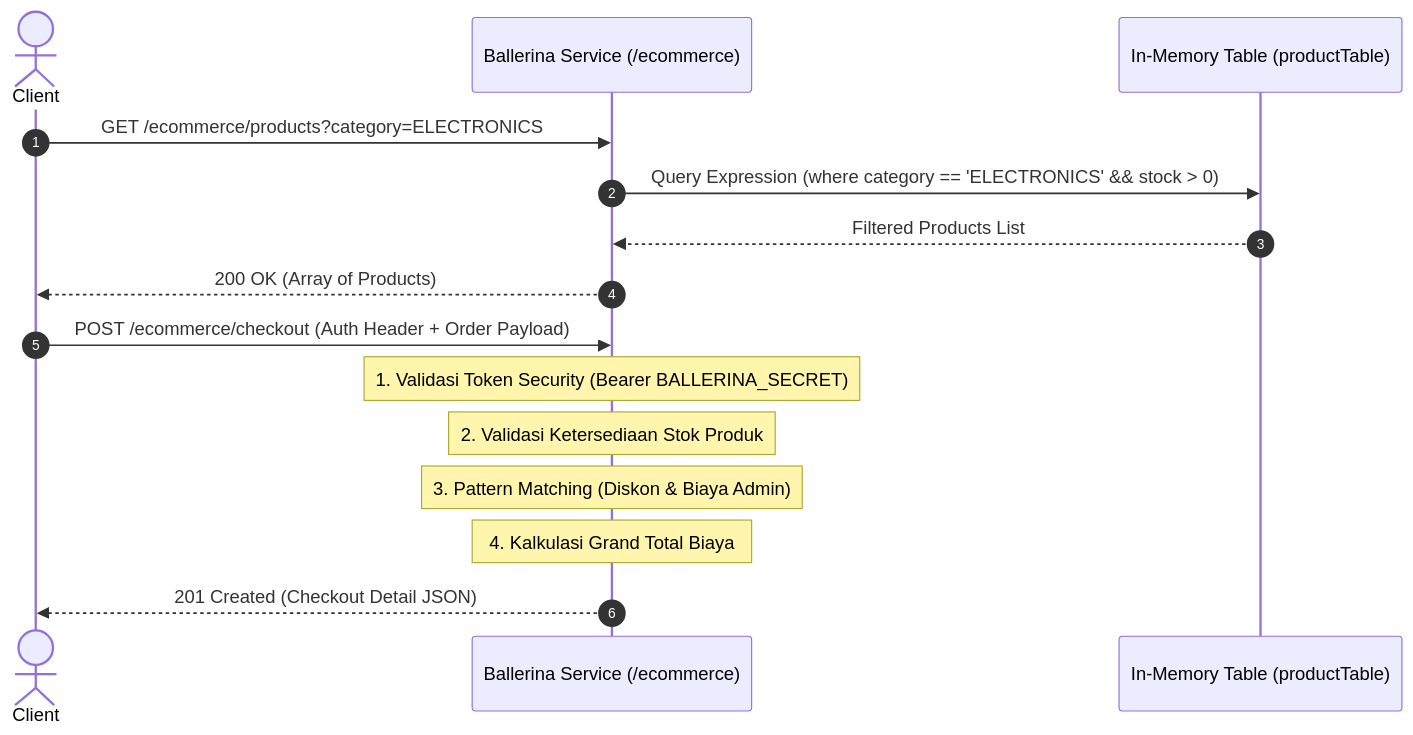
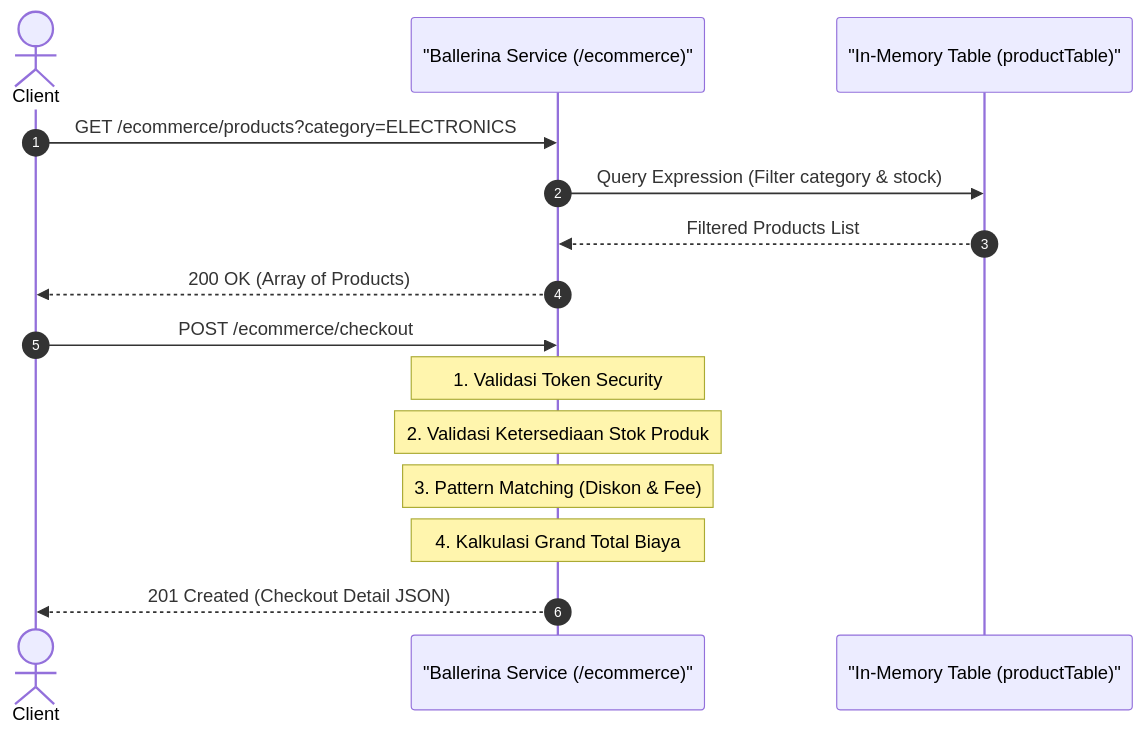
One commit to jovancamorris/assa-learn-tech changed the diagram in materi/ballerina/05_hands_on_ecommerce_microservice.md. Above: the diagram before and after it, drawn with Mermaid. The commit also changed 11 other files, not shown here.

````diff
--- a/materi/ballerina/05_hands_on_ecommerce_microservice.md
+++ b/materi/ballerina/05_hands_on_ecommerce_microservice.md
@@ -21,19 +21,19 @@
 ```mermaid
 sequenceDiagram
     autonumber
     actor Client
-    participant API as Ballerina Service (/ecommerce)
-    participant Store as In-Memory Table (productTable)
+    participant API as "Ballerina Service (/ecommerce)"
+    participant Store as "In-Memory Table (productTable)"
 
     Client->>API: GET /ecommerce/products?category=ELECTRONICS
-    API->>Store: Query Expression (where category == 'ELECTRONICS' && stock > 0)
+    API->>Store: Query Expression (Filter category & stock)
     Store-->>API: Filtered Products List
     API-->>Client: 200 OK (Array of Products)
 
-    Client->>API: POST /ecommerce/checkout (Auth Header + Order Payload)
-    Note over API: 1. Validasi Token Security (Bearer BALLERINA_SECRET)
+    Client->>API: POST /ecommerce/checkout
+    Note over API: 1. Validasi Token Security
     Note over API: 2. Validasi Ketersediaan Stok Produk
-    Note over API: 3. Pattern Matching (Diskon & Biaya Admin)
+    Note over API: 3. Pattern Matching (Diskon & Fee)
     Note over API: 4. Kalkulasi Grand Total Biaya
     API-->>Client: 201 Created (Checkout Detail JSON)
 ```
````
